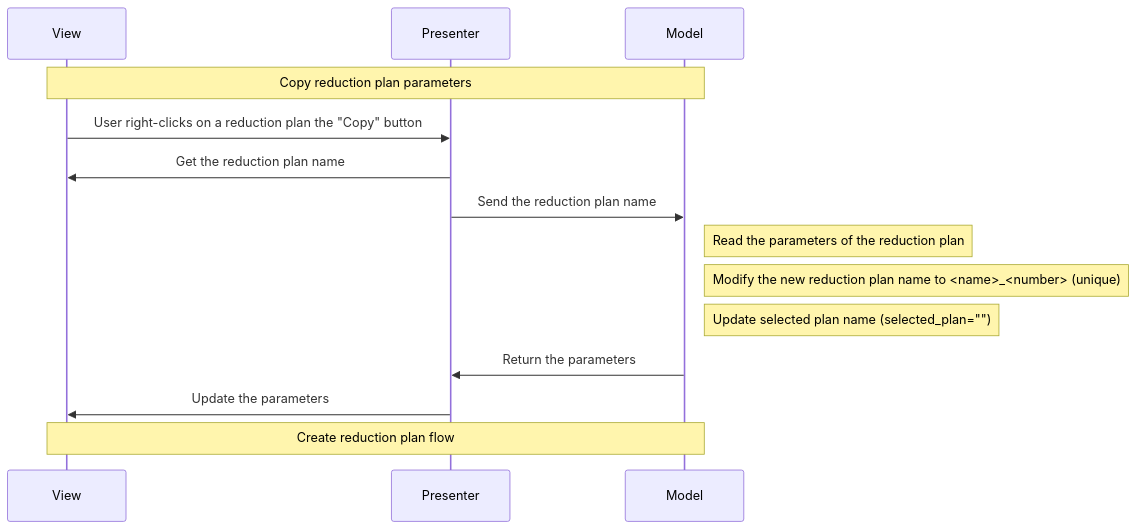
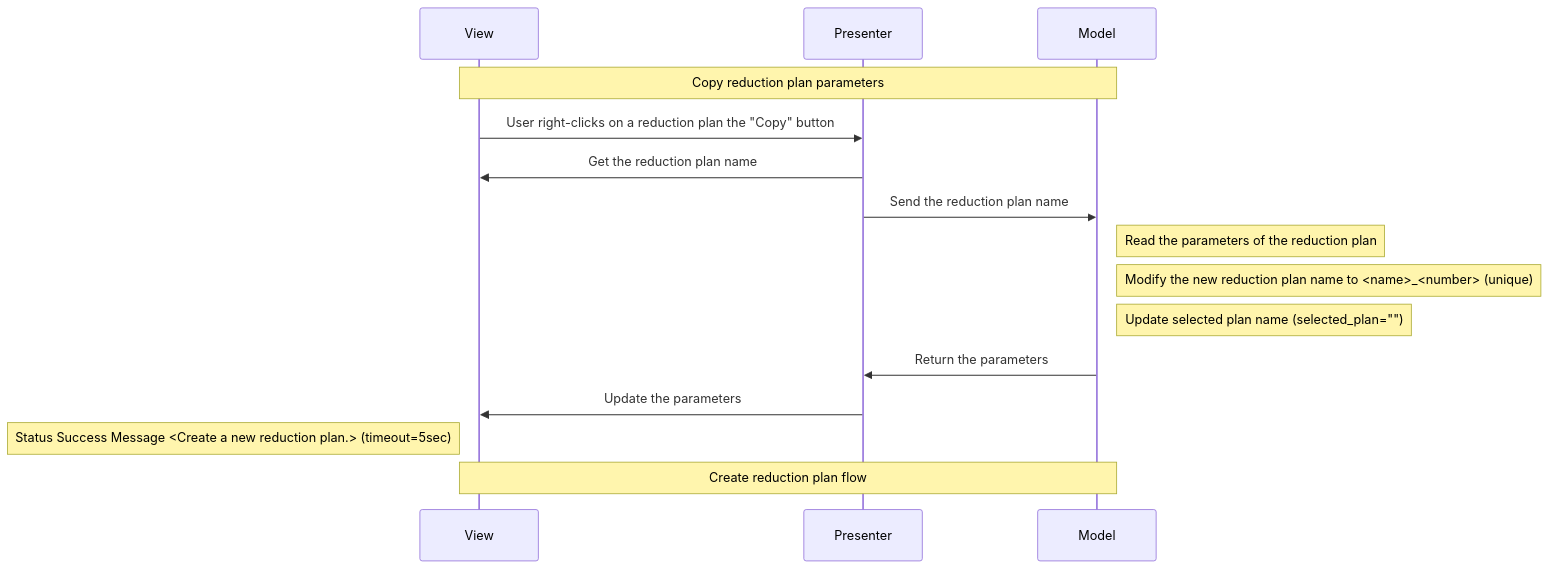
Before and after one commit to neutrons/garnet: the ninth of 14 diagrams in docs/source/design/reduction_plan_mvp.rst, drawn with Mermaid. The commit also changed other lines of this file and 2 other files, not shown here.

```diff
--- a/docs/source/design/reduction_plan_mvp.rst
+++ b/docs/source/design/reduction_plan_mvp.rst
@@ -401,17 +415,18 @@
     .. mermaid::
 
         sequenceDiagram
             participant View
             participant Presenter
             participant Model
 
             Note over View,Model: Copy reduction plan parameters
             View->>Presenter: User right-clicks on a reduction plan the "Copy" button
             Presenter->>View: Get the reduction plan name
             Presenter->>Model: Send the reduction plan name
             Note right of Model: Read the parameters of the reduction plan
             Note right of Model: Modify the new reduction plan name to <name>_<number> (unique)
             Note right of Model: Update selected plan name (selected_plan="")
             Model->>Presenter: Return the parameters
             Presenter->>View: Update the parameters
+            Note left of View: Status Success Message <Create a new reduction plan.> (timeout=5sec)
             Note over View,Model: Create reduction plan flow
```
